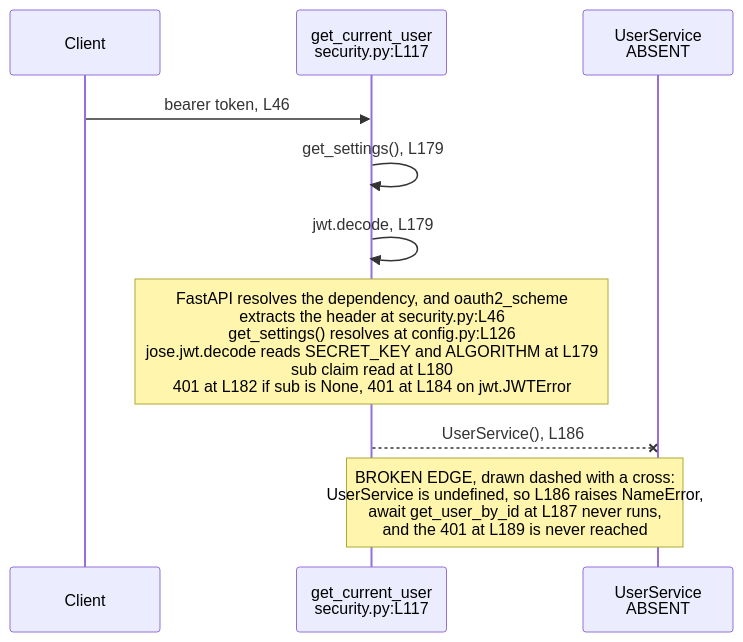
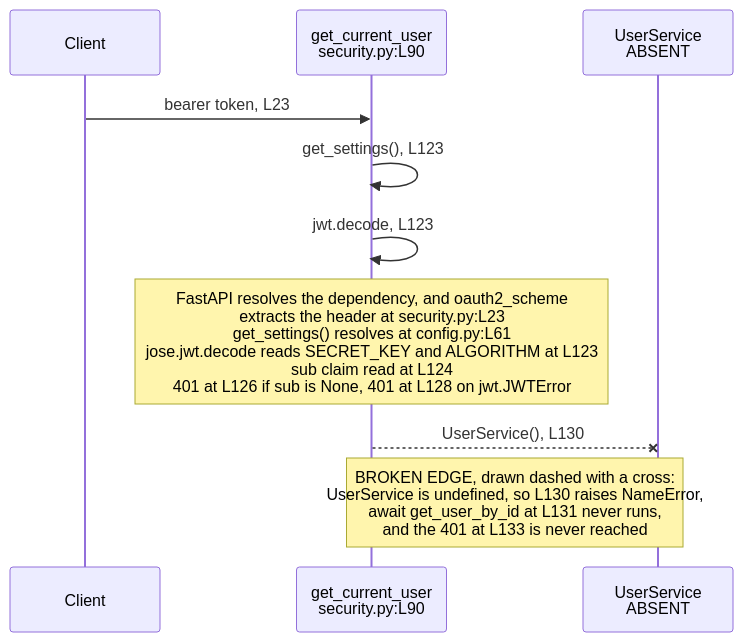
Before and after one commit to blitzy-public-samples/microsoft-word-u33ko0: the diagram in backend/app/core/README.md, drawn with Mermaid. The commit also changed other lines of this file and 69 other files, not shown here.

````diff
--- a/backend/app/core/README.md
+++ b/backend/app/core/README.md
@@ -186,15 +189,15 @@
 ```mermaid
 sequenceDiagram
     accTitle: The dependency chain from the bearer scheme to the absent UserService
     accDescr: A request carries a bearer token into get_current_user, which reads settings, decodes the token and then constructs UserService. UserService is undefined, so the chain raises NameError before it can return a user or reach its 401.
     participant C as Client
-    participant GCU as get_current_user<br/>security.py:L117
+    participant GCU as get_current_user<br/>security.py:L90
     participant US as UserService<br/>ABSENT
 
-    C->>GCU: bearer token, L46
-    GCU->>GCU: get_settings(), L179
-    GCU->>GCU: jwt.decode, L179
-    Note over GCU: FastAPI resolves the dependency, and oauth2_scheme<br/>extracts the header at security.py:L46<br/>get_settings() resolves at config.py:L126<br/>jose.jwt.decode reads SECRET_KEY and ALGORITHM at L179<br/>sub claim read at L180<br/>401 at L182 if sub is None, 401 at L184 on jwt.JWTError
-    GCU--xUS: UserService(), L186
-    Note over GCU,US: BROKEN EDGE, drawn dashed with a cross:<br/>UserService is undefined, so L186 raises NameError,<br/>await get_user_by_id at L187 never runs,<br/>and the 401 at L189 is never reached
+    C->>GCU: bearer token, L23
+    GCU->>GCU: get_settings(), L123
+    GCU->>GCU: jwt.decode, L123
+    Note over GCU: FastAPI resolves the dependency, and oauth2_scheme<br/>extracts the header at security.py:L23<br/>get_settings() resolves at config.py:L61<br/>jose.jwt.decode reads SECRET_KEY and ALGORITHM at L123<br/>sub claim read at L124<br/>401 at L126 if sub is None, 401 at L128 on jwt.JWTError
+    GCU--xUS: UserService(), L130
+    Note over GCU,US: BROKEN EDGE, drawn dashed with a cross:<br/>UserService is undefined, so L130 raises NameError,<br/>await get_user_by_id at L131 never runs,<br/>and the 401 at L133 is never reached
 ```
````
